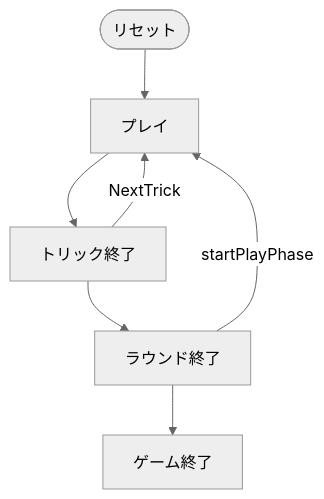
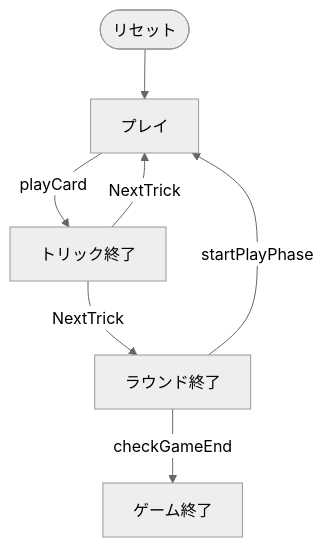
Before and after one commit to yuta-yoshinaga/go_trumpcards: the diagram in docs/manual/cui/gaigel.md, drawn with Mermaid (neutral theme). The commit also changed 53 other files, not shown here.

````diff
--- a/docs/manual/cui/gaigel.md
+++ b/docs/manual/cui/gaigel.md
@@ -43,9 +43,13 @@
 ```mermaid
 flowchart TD
     S(["リセット"]) --> P0
-    P0["プレイ"] --> P1["トリック終了"]
-    P1["トリック終了"] --> P2["ラウンド終了"]
-    P2["ラウンド終了"] --> P3["ゲーム終了"]
+    P0["プレイ"]
+    P1["トリック終了"]
+    P2["ラウンド終了"]
+    P3["ゲーム終了"]
+    P2 -->|startPlayPhase| P0
+    P0 -->|playCard| P1
+    P1 -->|NextTrick| P2
     P1 -->|NextTrick| P0
-    P2 -->|startPlayPhase| P0
+    P2 -->|checkGameEnd| P3
 ```
````
